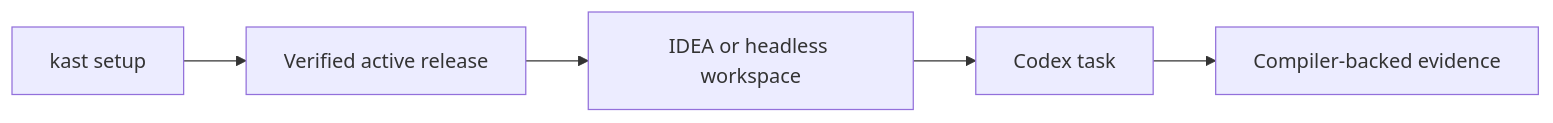
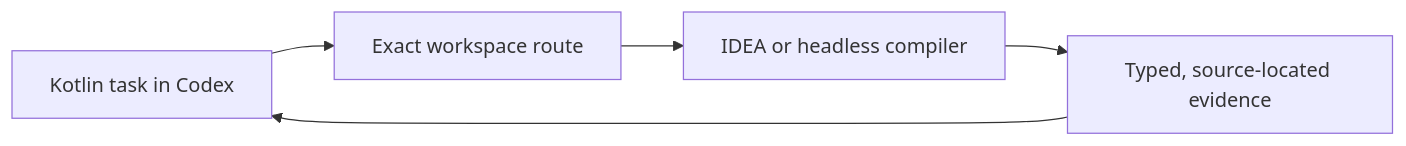
The diagram in docs/index.md (amichne/kast), drawn with Mermaid before and after one commit. The commit also changed other lines of this file and 18 other files, not shown here.

Commit message:
docs: rebuild compiler-backed documentation

````diff
--- a/docs/index.md
+++ b/docs/index.md
@@ -6,7 +7,7 @@
 ```mermaid
 flowchart LR
-    installer["kast setup"] --> release["Verified active release"]
-    release --> workspace["IDEA or headless workspace"]
-    workspace --> codex["Codex task"]
-    codex --> evidence["Compiler-backed evidence"]
+    task["Kotlin task in Codex"] --> route["Exact workspace route"]
+    route --> compiler["IDEA or headless compiler"]
+    compiler --> result["Typed, source-located evidence"]
+    result --> task
 ```
````
